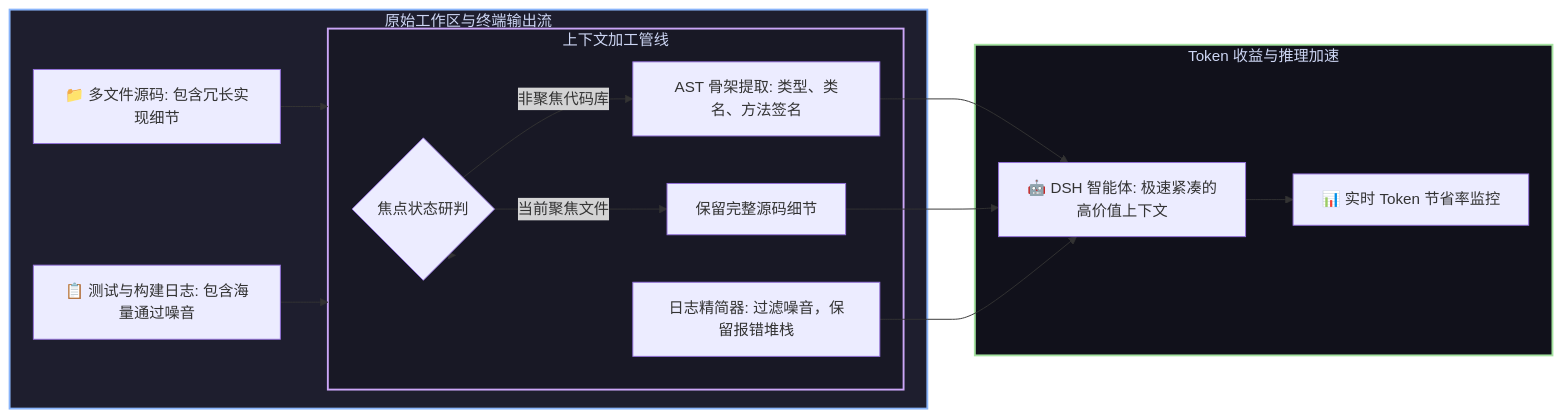
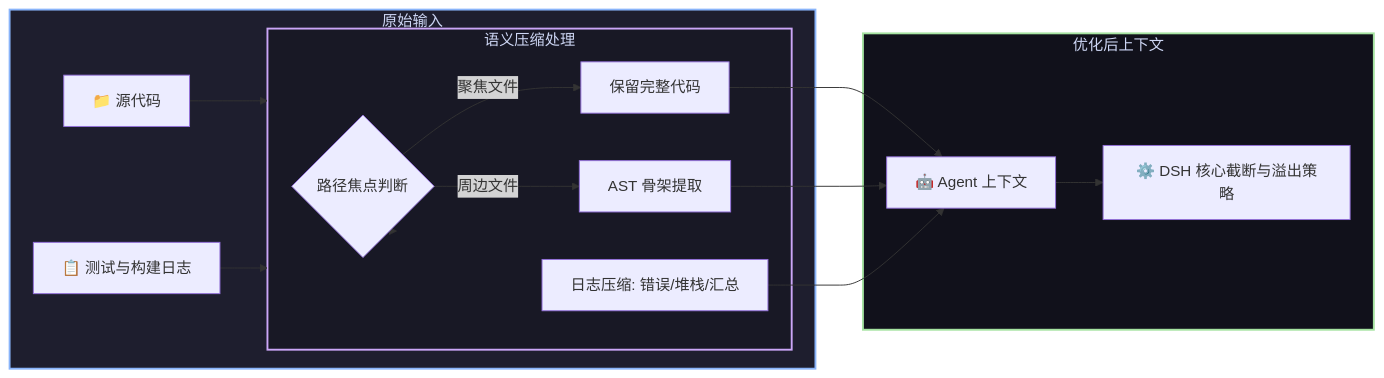
One commit to GooDAnDReaDY/dsh-context-lens changed the diagram in README.zh.md. Above: the diagram before and after it, drawn with Mermaid. The commit also changed other lines of this file and 13 other files, not shown here.

````diff
--- a/README.zh.md
+++ b/README.zh.md
@@ -49,25 +48,25 @@
 ```mermaid
 graph LR
-    subgraph RawContext [原始工作区与终端输出流]
-        Code[📁 多文件源码: 包含冗长实现细节] --> LensEngine[dsh-context-lens 压缩引擎]
-        Logs[📋 测试与构建日志: 包含海量通过噪音] --> LensEngine
+    subgraph RawContext [原始输入]
+        Code[📁 源代码] --> Lens[dsh-context-lens 语义引擎]
+        Logs[📋 测试与构建日志] --> Lens
     end
 
-    subgraph LensEngine [上下文加工管线]
-        LensEngine --> Focus{焦点状态研判}
-        Focus -->|当前聚焦文件| RawKeep[保留完整源码细节]
-        Focus -->|非聚焦代码库| AST[AST 骨架提取: 类型、类名、方法签名]
-        LensEngine --> LogFilter[日志精简器: 过滤噪音，保留报错堆栈]
+    subgraph Lens [语义压缩处理]
+        Lens --> Focus{路径焦点判断}
+        Focus -->|聚焦文件| FullCode[保留完整代码]
+        Focus -->|周边文件| AST[AST 骨架提取]
+        Lens --> LogCompress[日志压缩: 错误/堆栈/汇总]
     end
 
-    subgraph Savings [Token 收益与推理加速]
-        AST --> Agent[🤖 DSH 智能体: 极速紧凑的高价值上下文]
-        RawKeep --> Agent
-        LogFilter --> Agent
-        Agent --> Tracker[📊 实时 Token 节省率监控]
+    subgraph Output [优化后上下文]
+        FullCode --> Agent[🤖 Agent 上下文]
+        AST --> Agent
+        LogCompress --> Agent
+        Agent --> Core[⚙️ DSH 核心截断与溢出策略]
     end
 
     style RawContext fill:#1e1e2e,stroke:#89b4fa,stroke-width:2px,color:#cdd6f4
-    style LensEngine fill:#181825,stroke:#cba6f7,stroke-width:2px,color:#cdd6f4
-    style Savings fill:#11111b,stroke:#a6e3a1,stroke-width:2px,color:#cdd6f4
+    style Lens fill:#181825,stroke:#cba6f7,stroke-width:2px,color:#cdd6f4
+    style Output fill:#11111b,stroke:#a6e3a1,stroke-width:2px,color:#cdd6f4
 ```
````
